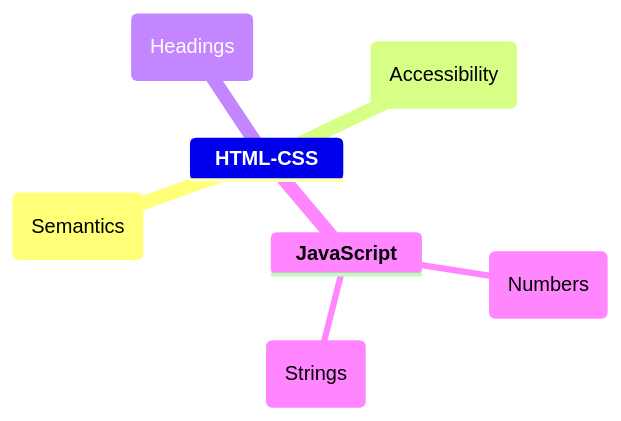
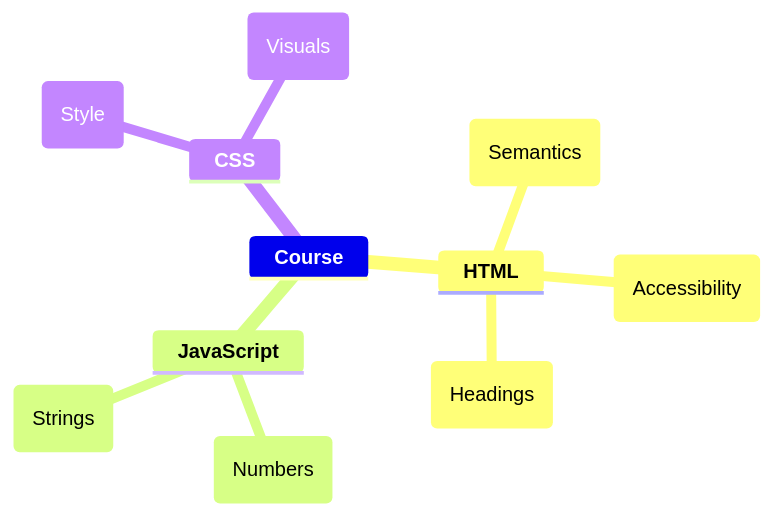
Before and after one commit to MarvinSilcGit/Learning: the first of 4 diagrams in UML/Mermaid/README.md, drawn with Mermaid. The commit also changed other lines of this file, not shown here.

````diff
--- a/UML/Mermaid/README.md
+++ b/UML/Mermaid/README.md
@@ -35,10 +24,14 @@
 ```mermaid
 mindmap
-  **HTML-CSS**
-    (Semantics)
-    (Accessibility)
-    (Headings)
-    **JavaScript**
-       (Numbers)
-       (Strings)
+	**Course**
+		**HTML**
+			(Semantics)
+			(Accessibility)
+			(Headings)
+		**JavaScript**
+			(Numbers)
+			(Strings)
+		**CSS**
+			(Style)
+			(Visuals)
 ```
````
